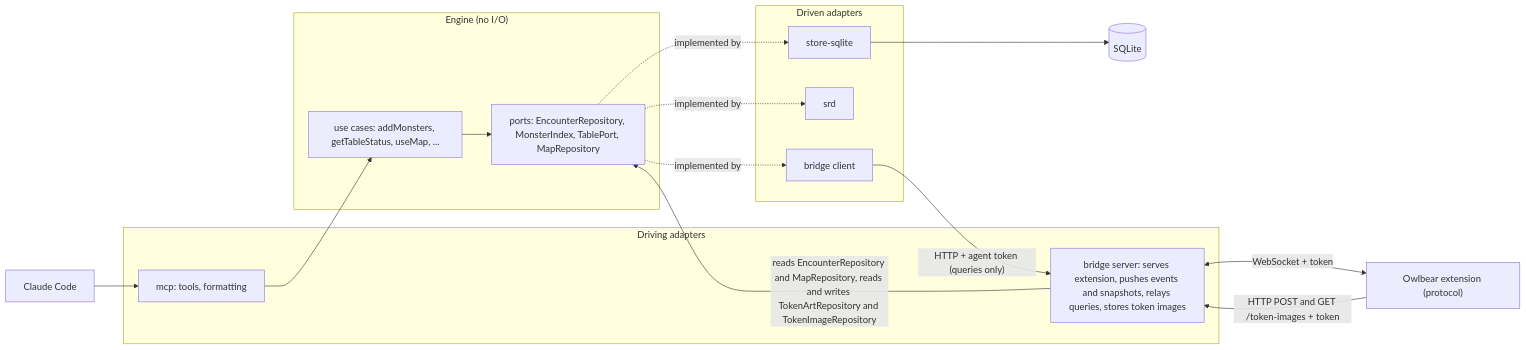
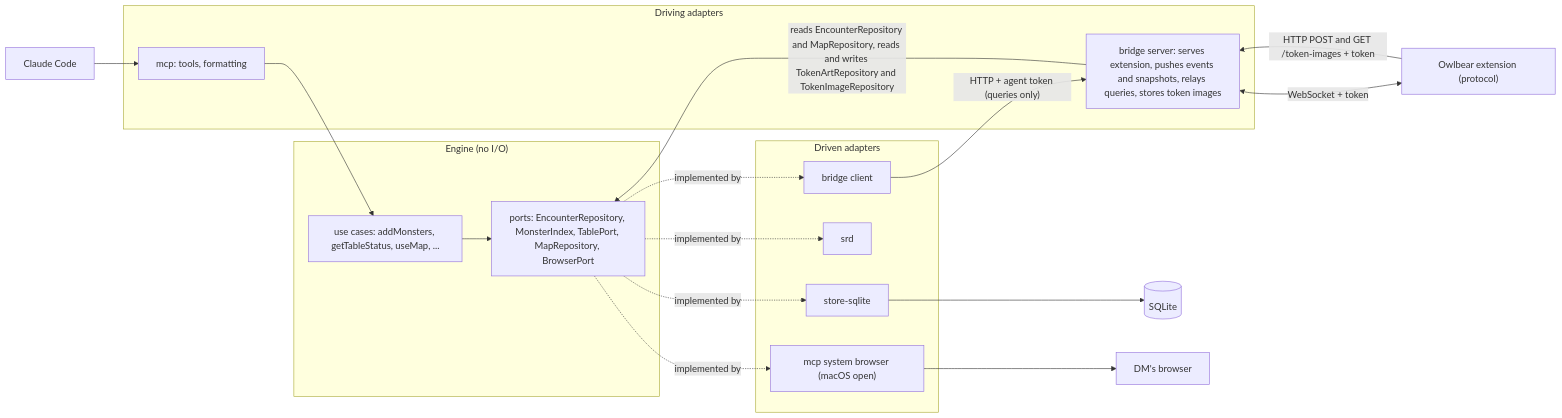
Before and after one commit to askrzypczak/ttrpg-agents: the first of 2 diagrams in docs/architecture.md, drawn with Mermaid. The commit also changed other lines of this file and 46 other files, not shown here.

First line of the commit message:
feature: open a monster's D&D Beyond 2024 statblock page in the browser (#278) (#356)

````diff
--- a/docs/architecture.md
+++ b/docs/architecture.md
@@ -9,27 +9,30 @@
 ```mermaid
 flowchart LR
   claude["Claude Code"] --> mcp
   subgraph driving["Driving adapters"]
     mcp["mcp: tools, formatting"]
     bsrv["bridge server: serves extension, pushes events and snapshots, relays queries, stores token images"]
   end
   subgraph core["Engine (no I/O)"]
     uc["use cases: addMonsters, getTableStatus, useMap, ..."]
-    ports["ports: EncounterRepository, MonsterIndex, TablePort, MapRepository"]
+    ports["ports: EncounterRepository, MonsterIndex, TablePort, MapRepository, BrowserPort"]
   end
   subgraph driven["Driven adapters"]
     store["store-sqlite"]
     srd["srd"]
     bclient["bridge client"]
+    sysbrowser["mcp system browser (macOS open)"]
   end
   mcp --> uc
   bsrv -->|"reads EncounterRepository and MapRepository, reads and writes TokenArtRepository and TokenImageRepository"| ports
   uc --> ports
   ports -.implemented by.-> store
   ports -.implemented by.-> srd
   ports -.implemented by.-> bclient
+  ports -.implemented by.-> sysbrowser
   store --> db[("SQLite")]
   bclient -->|"HTTP + agent token (queries only)"| bsrv
+  sysbrowser --> browser["DM's browser"]
   bsrv <-->|"WebSocket + token"| ext["Owlbear extension (protocol)"]
   ext -->|"HTTP POST and GET /token-images + token"| bsrv
 ```
````
